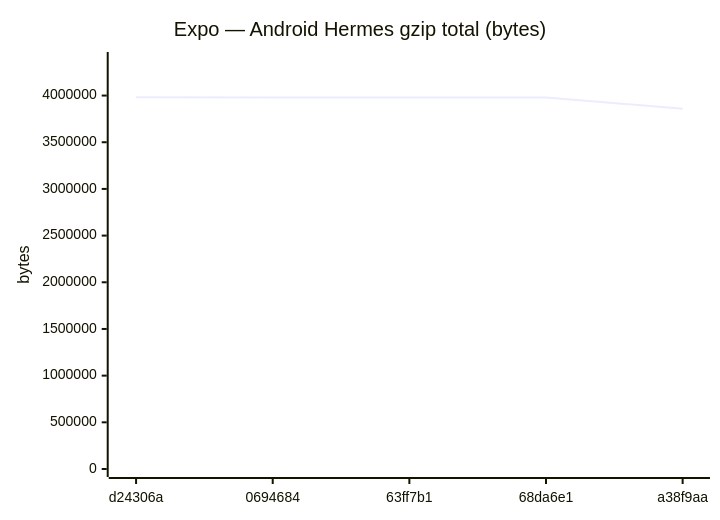
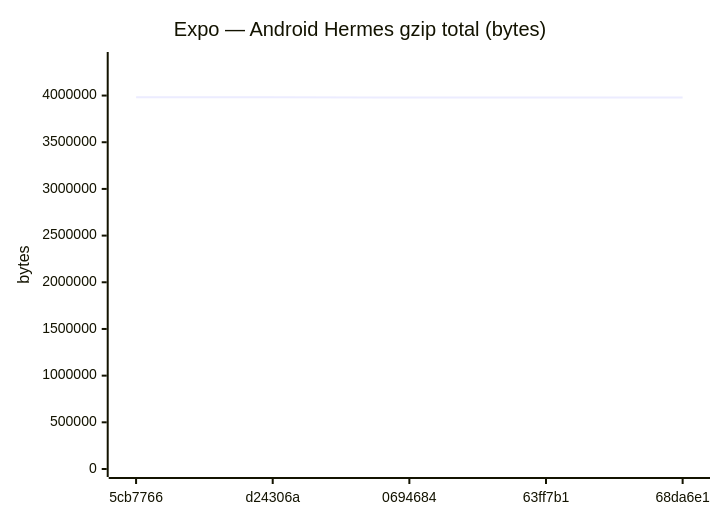
One commit to Metaheurist/Rianell changed diagram 11 of 18 in benchmarks/compare.md. Above: the diagram before and after it, drawn with Mermaid. The commit also changed other lines of this file and 11 other files, not shown here.

````diff
--- a/benchmarks/compare.md
+++ b/benchmarks/compare.md
@@ -172,7 +172,7 @@
 ```mermaid
 xychart-beta
     title "Expo — Android Hermes gzip total (bytes)"
-    x-axis ["d24306a", "0694684", "63ff7b1", "68da6e1", "a38f9aa"]
-    y-axis "bytes" 0 --> 4380849
-    line [3982590, 3979178, 3979178, 3979178, 3858192]
+    x-axis ["5cb7766", "d24306a", "0694684", "63ff7b1", "68da6e1"]
+    y-axis "bytes" 0 --> 4380854
+    line [3982594, 3982590, 3979178, 3979178, 3979178]
 ```
````
